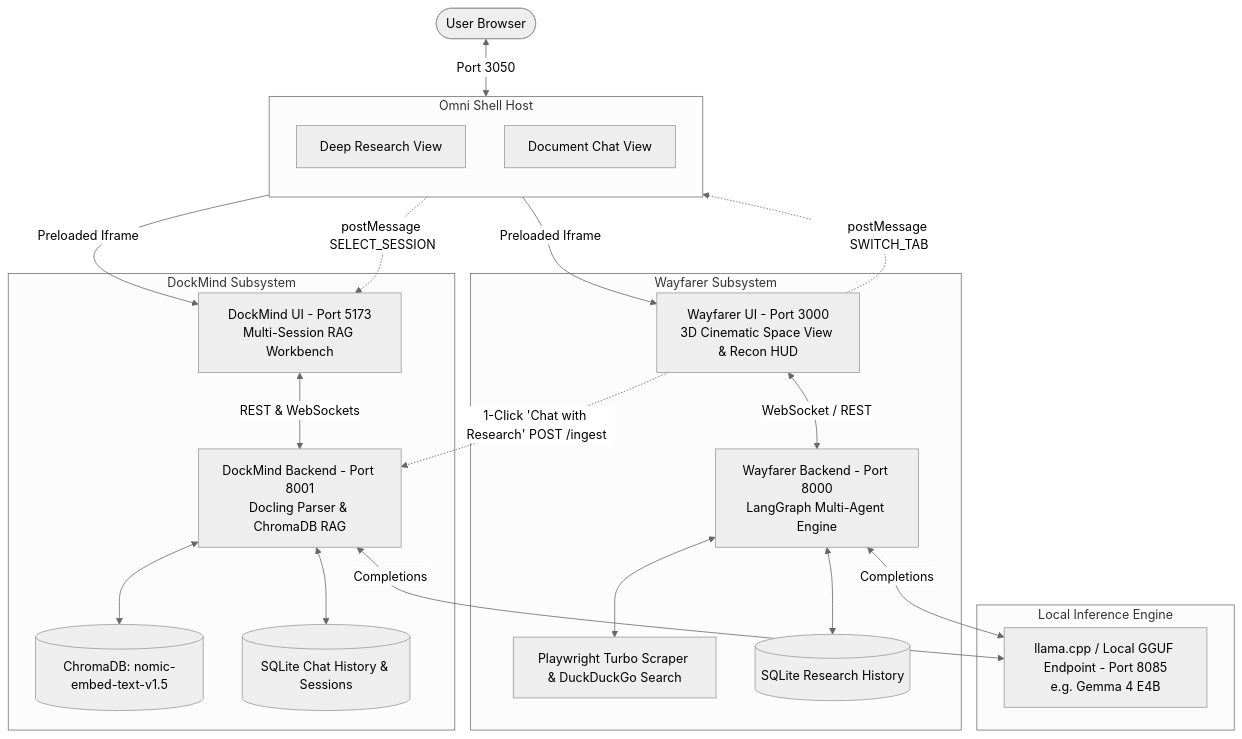
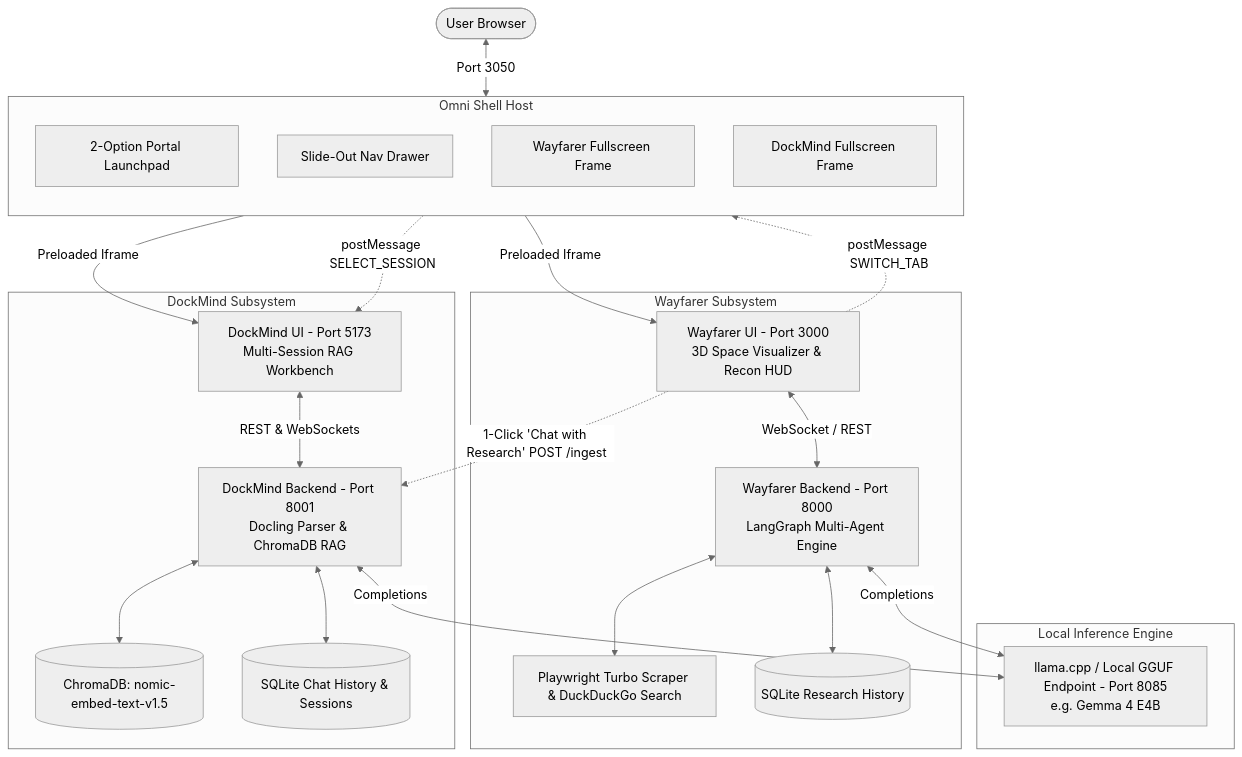
The diagram in README.md (iam-tarun-86/Aegis), drawn with Mermaid (neutral theme) before and after one commit. The commit also changed other lines of this file, not shown here.

Commit message:
Update README.md with Quantum Singularity branding, 2-option launchpad, and in-app slide drawer navigation

````diff
--- a/README.md
+++ b/README.md
@@ -40,47 +76,49 @@
 ```mermaid
 graph TD
-    User([User Browser]) <-->|Port 3050| OmniShell[Omni App Shell: Glassmorphic Hub]
+    User([User Browser]) <-->|Port 3050| OmniShell[Omni App Shell: Quantum Launchpad & Slide Drawer]
     
     subgraph OmniShell [Omni Shell Host]
         direction TB
-        TabResearch[Deep Research View]
-        TabChat[Document Chat View]
+        Launchpad[2-Option Portal Launchpad]
+        SlideDrawer[Slide-Out Nav Drawer]
+        TabResearch[Wayfarer Fullscreen Frame]
+        TabChat[DockMind Fullscreen Frame]
     end
 
     subgraph WayfarerSystem [Wayfarer Subsystem]
-        UI_Wayfarer[Wayfarer UI - Port 3000<br/>3D Cinematic Space View & Recon HUD]
+        UI_Wayfarer[Wayfarer UI - Port 3000<br/>3D Space Visualizer & Recon HUD]
         BE_Wayfarer[Wayfarer Backend - Port 8000<br/>LangGraph Multi-Agent Engine]
         Playwright[Playwright Turbo Scraper & DuckDuckGo Search]
         DB_Wayfarer[(SQLite Research History)]
         
         UI_Wayfarer <-->|WebSocket / REST| BE_Wayfarer
         BE_Wayfarer <--> Playwright
         BE_Wayfarer <--> DB_Wayfarer
     end
 
     subgraph DockMindSystem [DockMind Subsystem]
         UI_DockMind[DockMind UI - Port 5173<br/>Multi-Session RAG Workbench]
         BE_DockMind[DockMind Backend - Port 8001<br/>Docling Parser & ChromaDB RAG]
         VectorDB[(ChromaDB: nomic-embed-text-v1.5)]
         DB_DockMind[(SQLite Chat History & Sessions)]
         
         UI_DockMind <-->|REST & WebSockets| BE_DockMind
         BE_DockMind <--> VectorDB
         BE_DockMind <--> DB_DockMind
     end
 
     subgraph LLM_Engine [Local Inference Engine]
         LlamaServer[llama.cpp / Local GGUF Endpoint - Port 8085<br/>e.g. Gemma 4 E4B]
     end
 
     OmniShell -->|Preloaded Iframe| UI_Wayfarer
     OmniShell -->|Preloaded Iframe| UI_DockMind
     
     %% Neural Bridge Handoff
     UI_Wayfarer -.->|1-Click 'Chat with Research' POST /ingest| BE_DockMind
     UI_Wayfarer -.->|postMessage SWITCH_TAB| OmniShell
     OmniShell -.->|postMessage SELECT_SESSION| UI_DockMind
 
     BE_Wayfarer <-->|Completions| LlamaServer
     BE_DockMind <-->|Completions| LlamaServer
 ```
````
